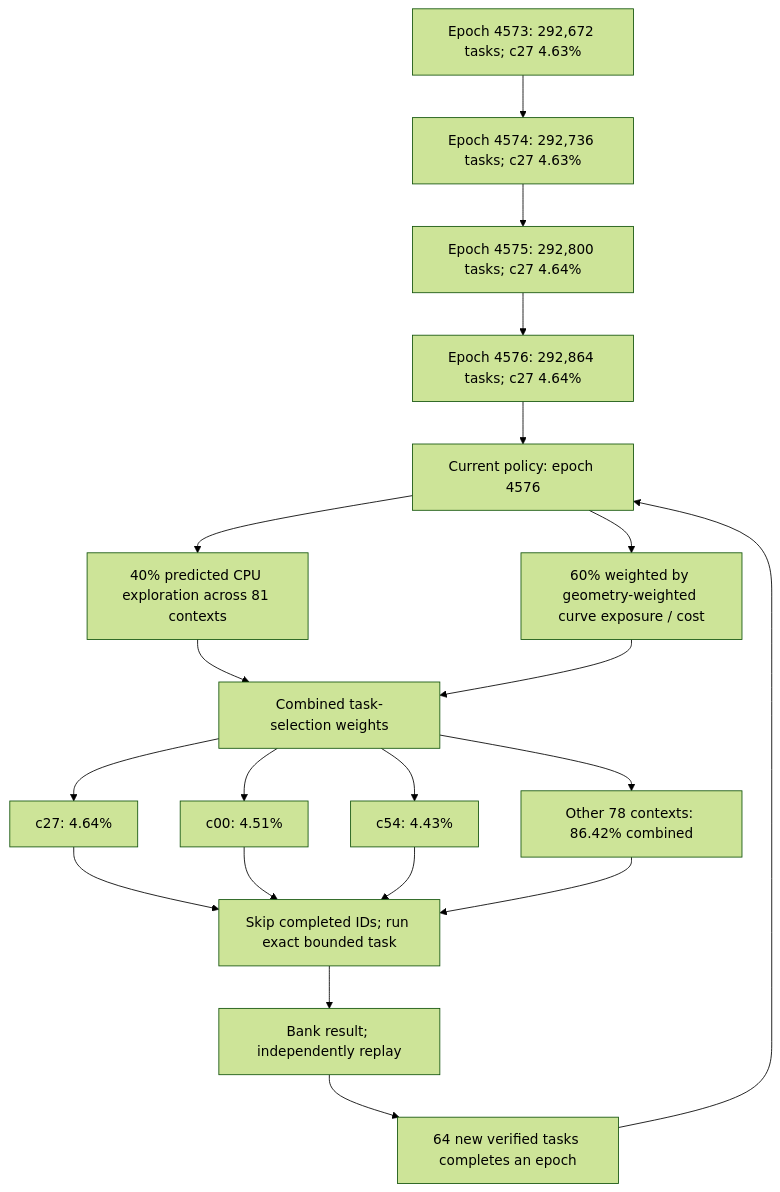
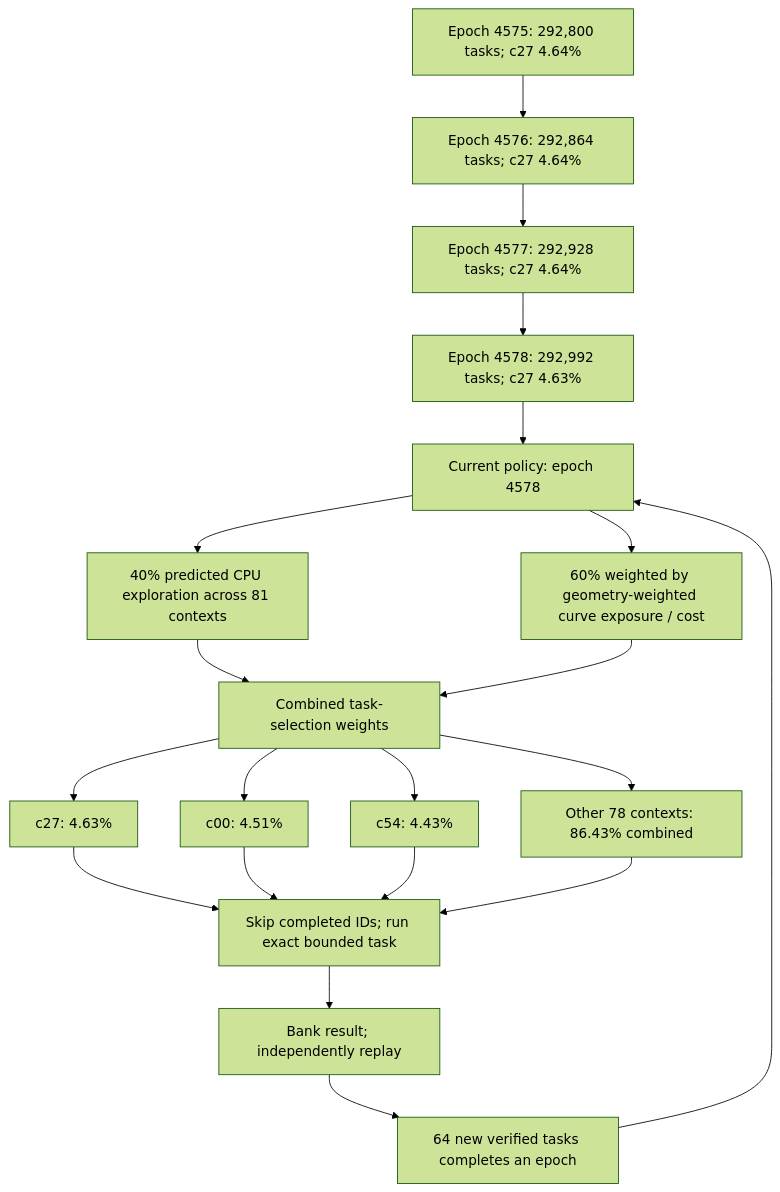
One commit to Kuberwastaken/math-gambling changed the first of 3 diagrams in README.md. Above: the diagram before and after it, drawn with Mermaid (forest theme). The commit also changed other lines of this file and 1884 other files, not shown here.

````diff
--- a/README.md
+++ b/README.md
@@ -60,27 +60,27 @@
 ```mermaid
 flowchart TD
-    H0["Epoch 4573: 292,672 tasks; c27 4.63%"]
-    H1["Epoch 4574: 292,736 tasks; c27 4.63%"]
+    H0["Epoch 4575: 292,800 tasks; c27 4.64%"]
+    H1["Epoch 4576: 292,864 tasks; c27 4.64%"]
     H0 --> H1
-    H2["Epoch 4575: 292,800 tasks; c27 4.64%"]
+    H2["Epoch 4577: 292,928 tasks; c27 4.64%"]
     H1 --> H2
-    H3["Epoch 4576: 292,864 tasks; c27 4.64%"]
+    H3["Epoch 4578: 292,992 tasks; c27 4.63%"]
     H2 --> H3
-    Policy["Current policy: epoch 4576"]
+    Policy["Current policy: epoch 4578"]
     H3 --> Policy
     Policy --> Explore["40% predicted CPU exploration across 81 contexts"]
     Policy --> Cost["60% weighted by geometry-weighted curve exposure / cost"]
     Explore --> Mix["Combined task-selection weights"]
     Cost --> Mix
-    Mix --> C0["c27: 4.64%"]
+    Mix --> C0["c27: 4.63%"]
     Mix --> C1["c00: 4.51%"]
     Mix --> C2["c54: 4.43%"]
-    Mix --> Rest["Other 78 contexts: 86.42% combined"]
+    Mix --> Rest["Other 78 contexts: 86.43% combined"]
     C0 --> Check["Skip completed IDs; run exact bounded task"]
     C1 --> Check
     C2 --> Check
     Rest --> Check
     Check --> Replay["Bank result; independently replay"]
     Replay --> Gate["64 new verified tasks completes an epoch"]
     Gate --> Policy
 ```
````
